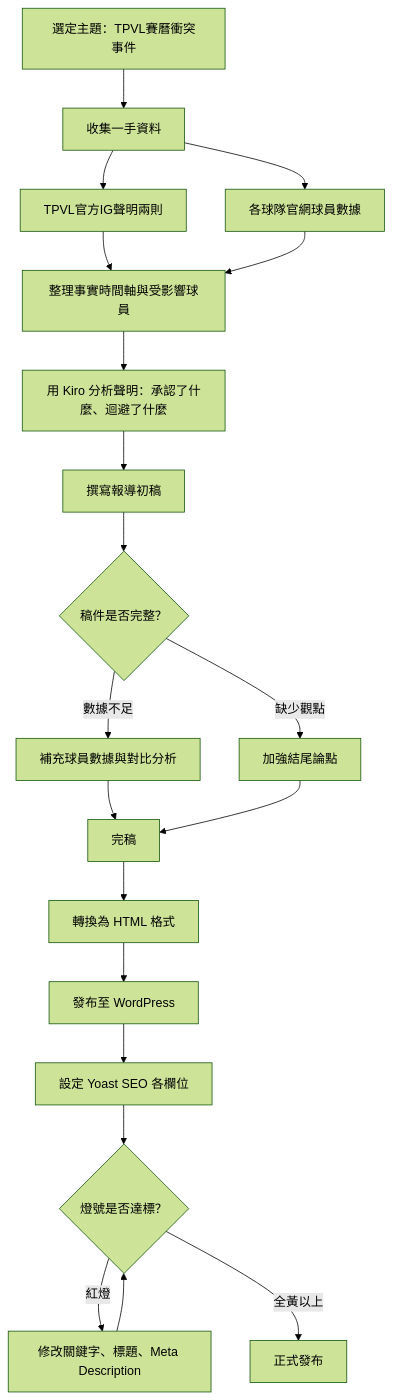
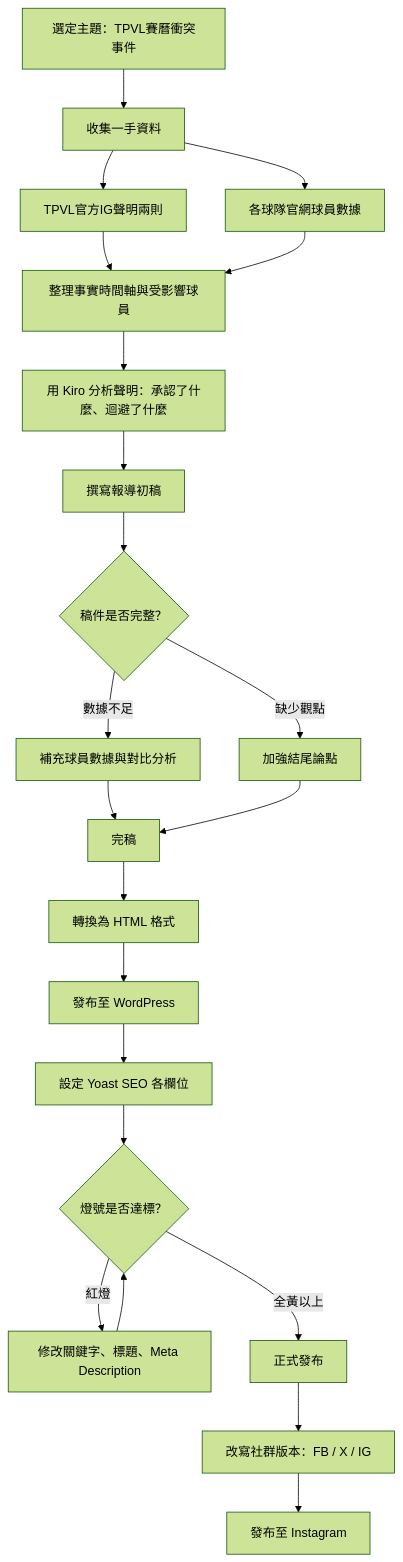
One commit to a113010005-prog/tpvl-final-project changed the diagram in README.md. Above: the diagram before and after it, drawn with Mermaid (forest theme). The commit also changed other lines of this file and 1 other file, not shown here.

````diff
--- a/README.md
+++ b/README.md
@@ -31,22 +31,24 @@
 ```mermaid
 flowchart TD
     A[選定主題：TPVL賽曆衝突事件] --> B[收集一手資料]
     B --> B1[TPVL官方IG聲明兩則]
     B --> B2[各球隊官網球員數據]
     B1 --> C[整理事實時間軸與受影響球員]
     B2 --> C
     C --> D[用 Kiro 分析聲明：承認了什麼、迴避了什麼]
     D --> E[撰寫報導初稿]
     E --> F{稿件是否完整？}
     F -->|數據不足| G[補充球員數據與對比分析]
     F -->|缺少觀點| H[加強結尾論點]
     G --> I[完稿]
     H --> I
     I --> J[轉換為 HTML 格式]
     J --> K[發布至 WordPress]
     K --> L[設定 Yoast SEO 各欄位]
     L --> M{燈號是否達標？}
     M -->|紅燈| N[修改關鍵字、標題、Meta Description]
     N --> M
     M -->|全黃以上| O[正式發布]
+    O --> P[改寫社群版本：FB / X / IG]
+    P --> Q[發布至 Instagram]
 ```
````
